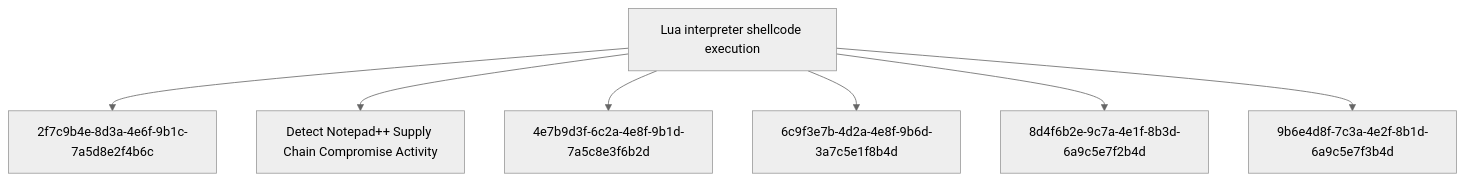
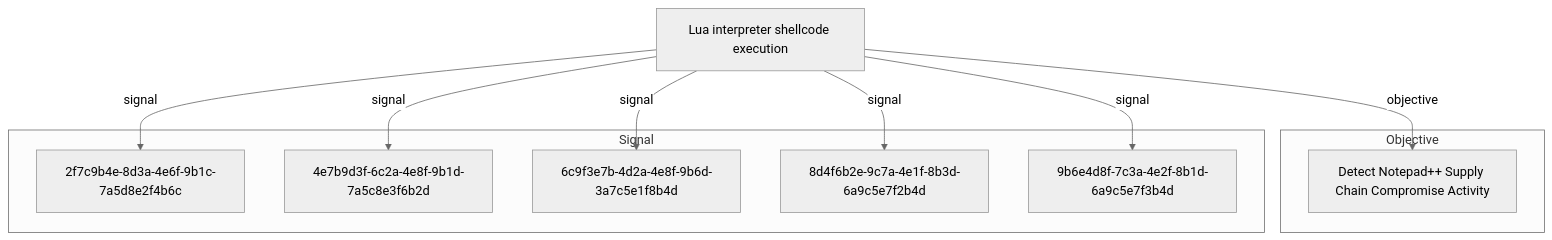
The second of 2 diagrams in docs/threats/lua-interpreter-shellcode-execution.md (opentidehq/library), drawn with Mermaid (neutral theme) before and after one commit. The commit also changed other lines of this file and 277 other files, not shown here.

````diff
--- a/docs/threats/lua-interpreter-shellcode-execution.md
+++ b/docs/threats/lua-interpreter-shellcode-execution.md
@@ -252,16 +292,20 @@
 ```mermaid
 flowchart TB
-bc365789_bdbb_4e78_b2ae_b097a7ccd35f["Lua interpreter shellcode execution"]
+subgraph "Objective"
+3e8b5d7f_9c2a_4f6e_8b1d_7a4c9e3f6b2d["Detect Notepad++ Supply Chain Compromise Activity"]
+end
+subgraph "Signal"
 2f7c9b4e_8d3a_4e6f_9b1c_7a5d8e2f4b6c["2f7c9b4e-8d3a-4e6f-9b1c-7a5d8e2f4b6c"]
-3e8b5d7f_9c2a_4f6e_8b1d_7a4c9e3f6b2d["Detect Notepad++ Supply Chain Compromise Activity"]
 4e7b9d3f_6c2a_4e8f_9b1d_7a5c8e3f6b2d["4e7b9d3f-6c2a-4e8f-9b1d-7a5c8e3f6b2d"]
 6c9f3e7b_4d2a_4e8f_9b6d_3a7c5e1f8b4d["6c9f3e7b-4d2a-4e8f-9b6d-3a7c5e1f8b4d"]
 8d4f6b2e_9c7a_4e1f_8b3d_6a9c5e7f2b4d["8d4f6b2e-9c7a-4e1f-8b3d-6a9c5e7f2b4d"]
 9b6e4d8f_7c3a_4e2f_8b1d_6a9c5e7f3b4d["9b6e4d8f-7c3a-4e2f-8b1d-6a9c5e7f3b4d"]
-bc365789_bdbb_4e78_b2ae_b097a7ccd35f --> 2f7c9b4e_8d3a_4e6f_9b1c_7a5d8e2f4b6c
-bc365789_bdbb_4e78_b2ae_b097a7ccd35f --> 3e8b5d7f_9c2a_4f6e_8b1d_7a4c9e3f6b2d
-bc365789_bdbb_4e78_b2ae_b097a7ccd35f --> 4e7b9d3f_6c2a_4e8f_9b1d_7a5c8e3f6b2d
-bc365789_bdbb_4e78_b2ae_b097a7ccd35f --> 6c9f3e7b_4d2a_4e8f_9b6d_3a7c5e1f8b4d
-bc365789_bdbb_4e78_b2ae_b097a7ccd35f --> 8d4f6b2e_9c7a_4e1f_8b3d_6a9c5e7f2b4d
-bc365789_bdbb_4e78_b2ae_b097a7ccd35f --> 9b6e4d8f_7c3a_4e2f_8b1d_6a9c5e7f3b4d
+end
+bc365789_bdbb_4e78_b2ae_b097a7ccd35f["Lua interpreter shellcode execution"]
+bc365789_bdbb_4e78_b2ae_b097a7ccd35f -->|objective| 3e8b5d7f_9c2a_4f6e_8b1d_7a4c9e3f6b2d
+bc365789_bdbb_4e78_b2ae_b097a7ccd35f -->|signal| 2f7c9b4e_8d3a_4e6f_9b1c_7a5d8e2f4b6c
+bc365789_bdbb_4e78_b2ae_b097a7ccd35f -->|signal| 4e7b9d3f_6c2a_4e8f_9b1d_7a5c8e3f6b2d
+bc365789_bdbb_4e78_b2ae_b097a7ccd35f -->|signal| 6c9f3e7b_4d2a_4e8f_9b6d_3a7c5e1f8b4d
+bc365789_bdbb_4e78_b2ae_b097a7ccd35f -->|signal| 8d4f6b2e_9c7a_4e1f_8b3d_6a9c5e7f2b4d
+bc365789_bdbb_4e78_b2ae_b097a7ccd35f -->|signal| 9b6e4d8f_7c3a_4e2f_8b1d_6a9c5e7f3b4d
 ```
````
